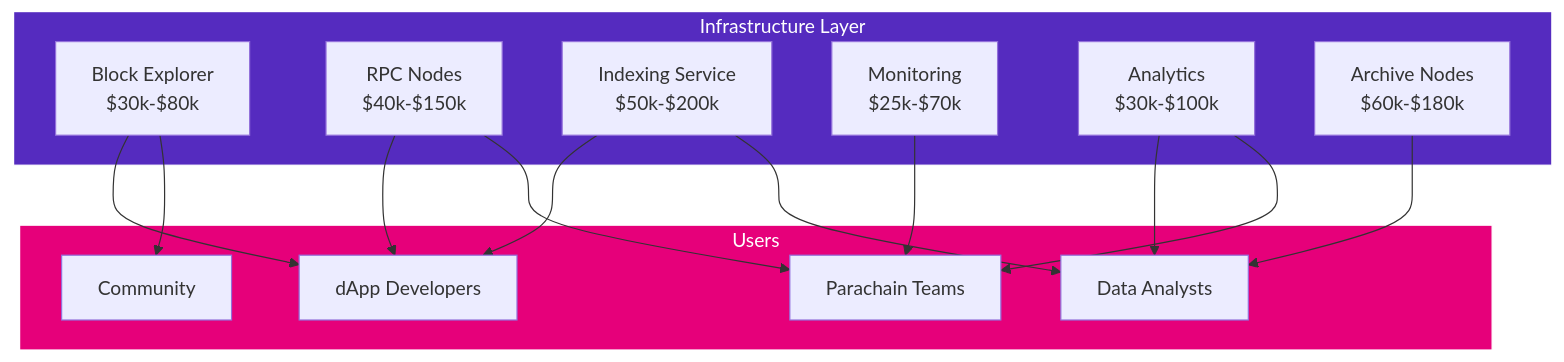
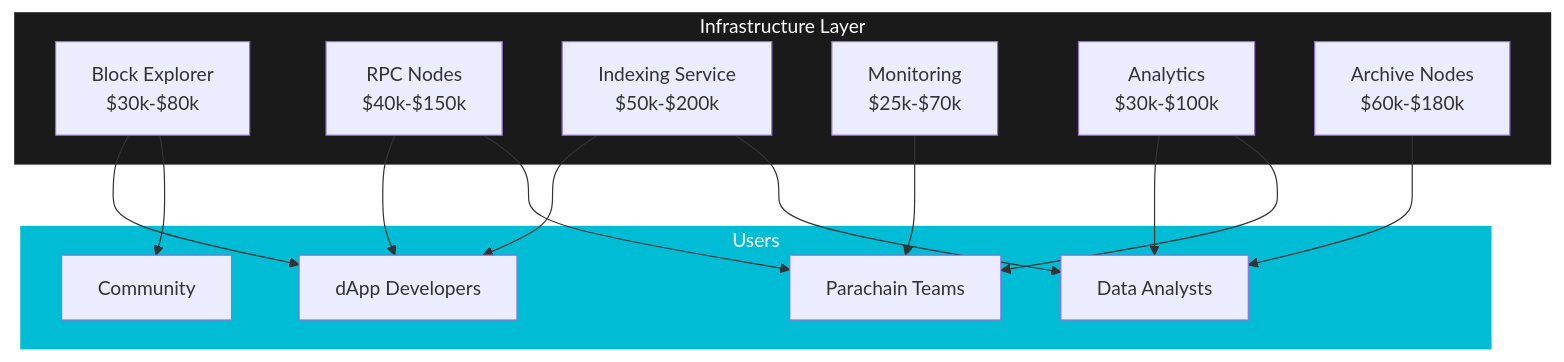
One commit to openguild-labs/polkadot-codecamp changed the tenth of 17 diagrams in slides/polkadot-grant-ecosystem.md. Above: the diagram before and after it, drawn with Mermaid. The commit also changed other lines of this file and 6 other files, not shown here.

````diff
--- a/slides/polkadot-grant-ecosystem.md
+++ b/slides/polkadot-grant-ecosystem.md
@@ -616,32 +616,32 @@
 ```mermaid
 graph TB
     subgraph INFRA[Infrastructure Layer]
         EXPLORER[Block Explorer<br/>$30k-$80k]
         RPC[RPC Nodes<br/>$40k-$150k]
         INDEX[Indexing Service<br/>$50k-$200k]
         MONITOR[Monitoring<br/>$25k-$70k]
         ANALYTICS[Analytics<br/>$30k-$100k]
         ARCHIVE[Archive Nodes<br/>$60k-$180k]
     end
 
     subgraph USERS[Users]
         DAPPS[dApp Developers]
         PARA[Parachain Teams]
         COMMUNITY[Community]
         ANALYSTS[Data Analysts]
     end
 
     EXPLORER --> DAPPS
     EXPLORER --> COMMUNITY
     RPC --> DAPPS
     RPC --> PARA
     INDEX --> DAPPS
     INDEX --> ANALYSTS
     MONITOR --> PARA
     ANALYTICS --> ANALYSTS
     ANALYTICS --> PARA
     ARCHIVE --> ANALYSTS
 
-    style INFRA fill:#552BBF,stroke:#fff,color:#fff
-    style USERS fill:#E6007A,stroke:#fff,color:#fff
+    style INFRA fill:#1a1a1a,stroke:#fff,color:#fff
+    style USERS fill:#00BCD4,stroke:#fff,color:#fff
 ```
````
